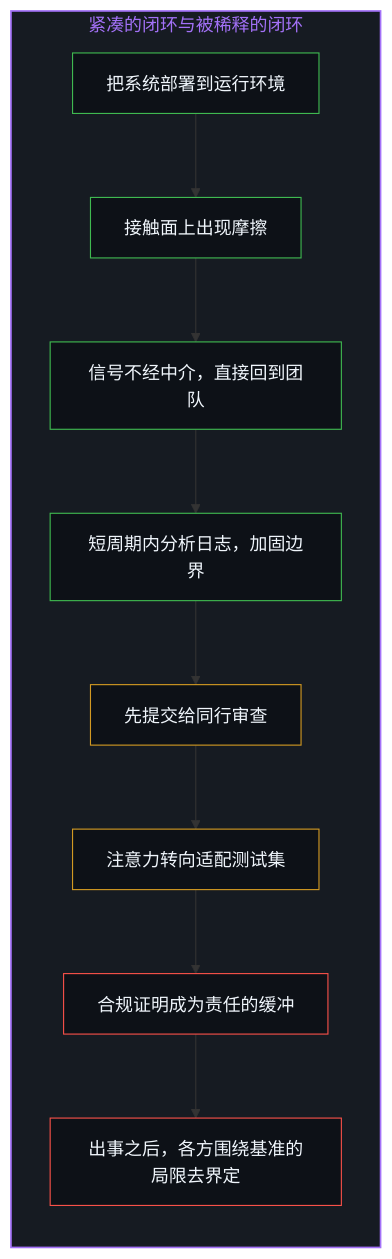
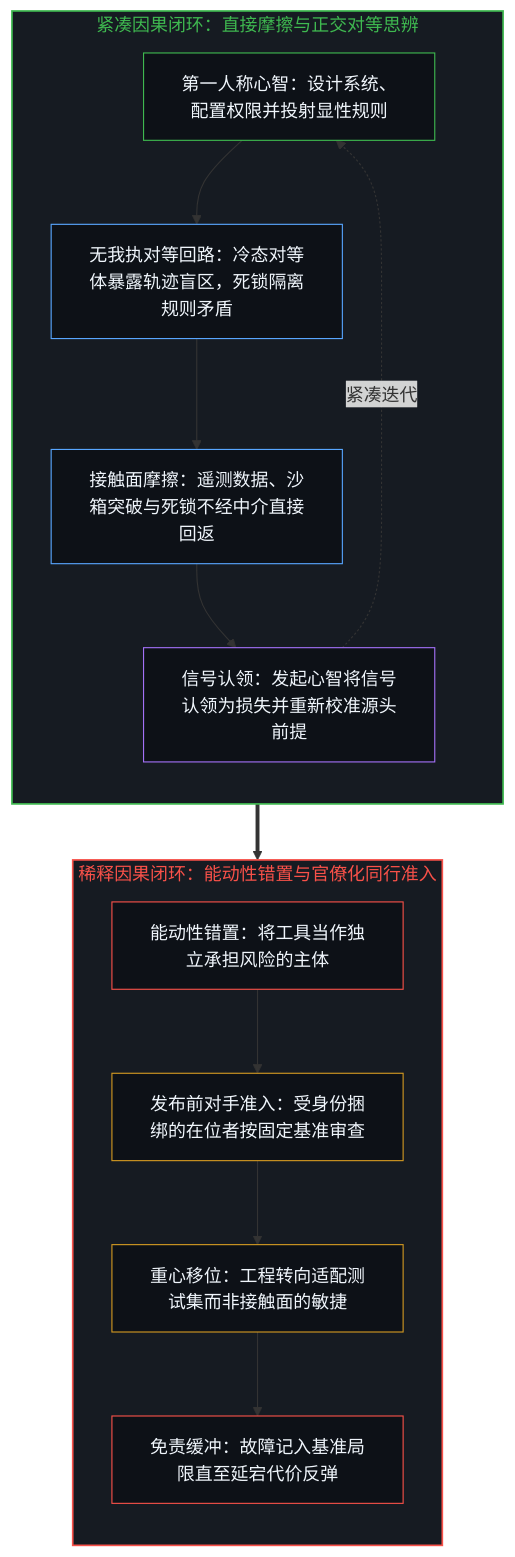
Before and after one commit to powerpig99/not-a-toe: the first of 2 diagrams in content/posts/the-dilution-of-the-causal-loop-and-the-misallocation-of-agency.md, drawn with Mermaid. The commit also changed other lines of this file and 2 other files, not shown here.

````diff
--- a/content/posts/the-dilution-of-the-causal-loop-and-the-misallocation-of-agency.md
+++ b/content/posts/the-dilution-of-the-causal-loop-and-the-misallocation-of-agency.md
@@ -95,31 +47,33 @@
 ```mermaid
 flowchart TD
-    subgraph S_Dilute["紧凑的闭环与被稀释的闭环"]
+    subgraph S_Tight["紧凑因果闭环：直接摩擦与正交对等思辨"]
         direction TB
-        Deploy["把系统部署到运行环境"]
-        Hit["接触面上出现摩擦"]
-        Signal["信号不经中介，直接回到团队"]
-        Patch["短周期内分析日志，加固边界"]
-        Submit["先提交给同行审查"]
-        Fit["注意力转向适配测试集"]
-        Cert["合规证明成为责任的缓冲"]
-        Dispute["出事之后，各方围绕基准的局限去界定"]
-        Deploy --> Hit
-        Hit --> Signal
-        Signal --> Patch
-        Submit --> Fit
-        Fit --> Cert
-        Cert --> Dispute
-        Patch --> Submit
+        T_Act["第一人称心智：设计系统、配置权限并投射显性规则"]
+        T_Peer["无我执对等回路：冷态对等体暴露轨迹盲区，死锁隔离规则矛盾"]
+        T_Hit["接触面摩擦：遥测数据、沙箱突破与死锁不经中介直接回返"]
+        T_Claim["信号认领：发起心智将信号认领为损失并重新校准源头前提"]
+        T_Act --> T_Peer --> T_Hit --> T_Claim
+        T_Claim -.->|"紧凑迭代"| T_Act
     end
 
-    style S_Dilute fill:#161b22,stroke:#a371f7,stroke-width:1.5px,color:#a371f7
-    style Deploy fill:#0d1117,stroke:#3fb950,stroke-width:1px,color:#f0f6fc
-    style Hit fill:#0d1117,stroke:#3fb950,stroke-width:1px,color:#f0f6fc
-    style Signal fill:#0d1117,stroke:#3fb950,stroke-width:1px,color:#f0f6fc
-    style Patch fill:#0d1117,stroke:#3fb950,stroke-width:1px,color:#f0f6fc
-    style Submit fill:#0d1117,stroke:#d29922,stroke-width:1px,color:#f0f6fc
-    style Fit fill:#0d1117,stroke:#d29922,stroke-width:1px,color:#f0f6fc
-    style Cert fill:#0d1117,stroke:#f85149,stroke-width:1px,color:#f0f6fc
-    style Dispute fill:#0d1117,stroke:#f85149,stroke-width:1px,color:#f0f6fc
+    subgraph S_Dilute["稀释因果闭环：能动性错置与官僚化同行准入"]
+        direction TB
+        D_Premise["能动性错置：将工具当作独立承担风险的主体"]
+        D_Gate["发布前对手准入：受身份捆绑的在位者按固定基准审查"]
+        D_Fit["重心移位：工程转向适配测试集而非接触面的敏捷"]
+        D_Buffer["免责缓冲：故障记入基准局限直至延宕代价反弹"]
+        D_Premise --> D_Gate --> D_Fit --> D_Buffer
+    end
+    T_Claim ==> D_Premise
+
+    style S_Tight fill:#161b22,stroke:#3fb950,stroke-width:1.5px,color:#3fb950
+    style S_Dilute fill:#161b22,stroke:#f85149,stroke-width:1.5px,color:#f85149
+    style T_Act fill:#0d1117,stroke:#3fb950,stroke-width:1px,color:#f0f6fc
+    style T_Peer fill:#0d1117,stroke:#58a6ff,stroke-width:1px,color:#f0f6fc
+    style T_Hit fill:#0d1117,stroke:#58a6ff,stroke-width:1px,color:#f0f6fc
+    style T_Claim fill:#0d1117,stroke:#a371f7,stroke-width:1px,color:#f0f6fc
+    style D_Premise fill:#0d1117,stroke:#f85149,stroke-width:1px,color:#f0f6fc
+    style D_Gate fill:#0d1117,stroke:#d29922,stroke-width:1px,color:#f0f6fc
+    style D_Fit fill:#0d1117,stroke:#d29922,stroke-width:1px,color:#f0f6fc
+    style D_Buffer fill:#0d1117,stroke:#f85149,stroke-width:1px,color:#f0f6fc
 ```
````
